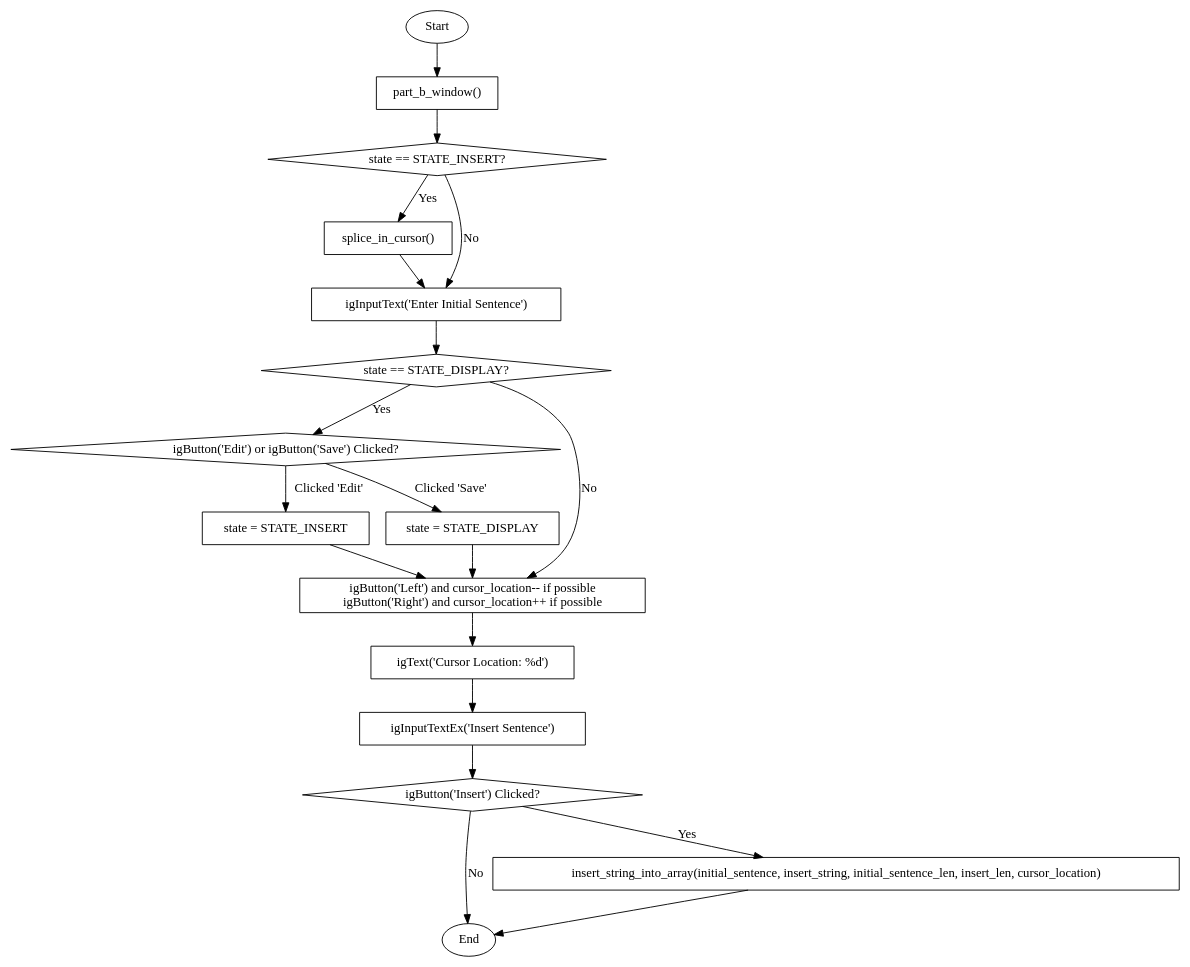
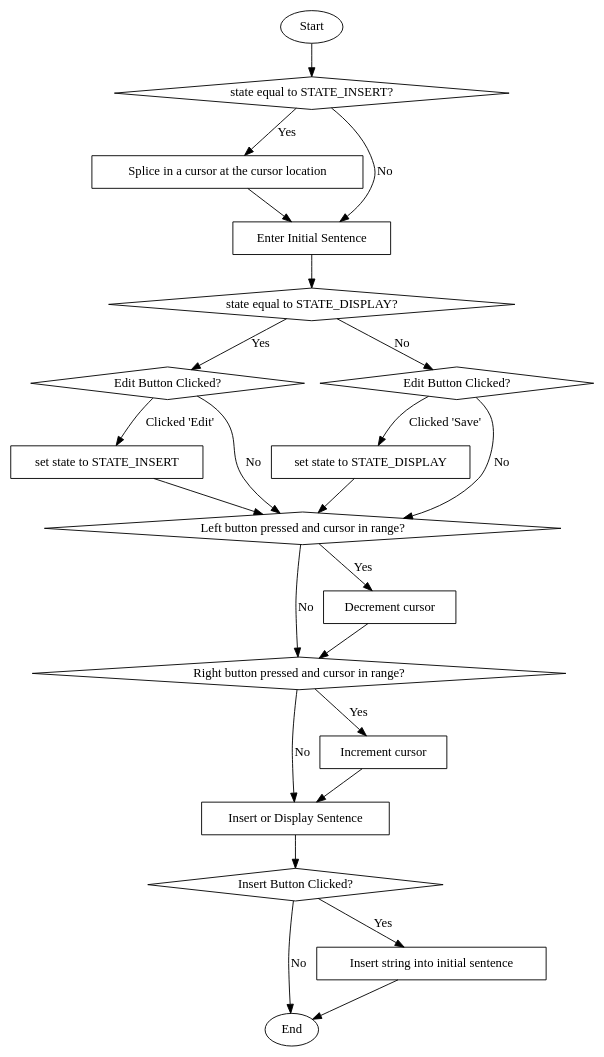
The diagram in graph.dot (l1mey112/sdd-assesment2), drawn with Graphviz before and after one commit. The commit also changed 4 other files, not shown here.

```diff
--- a/graph.dot
+++ b/graph.dot
@@ -1,55 +1,65 @@
 digraph PartBWindow {
     // Start and End points
     node [shape=ellipse];
     Start [label="Start"];
     End [label="End"];
 
     // Main function
     node [shape=box];
-    PartBWindow [label="part_b_window()"];
 
     // If conditions (Diamonds)
-    StateInsertCheck [shape=diamond, label="state == STATE_INSERT?"];
-    StateDisplayCheck [shape=diamond, label="state == STATE_DISPLAY?"];
-    EditOrSaveButtonCheck [shape=diamond, label="igButton('Edit') or igButton('Save') Clicked?"];
-    InsertButtonCheck [shape=diamond, label="igButton('Insert') Clicked?"];
+    StateInsertCheck [shape=diamond, label="state equal to STATE_INSERT?"];
+    StateDisplayCheck [shape=diamond, label="state equal to STATE_DISPLAY?"];
+    EditButtonCheck [shape=diamond, label="Edit Button Clicked?"];
+    SaveButtonCheck [shape=diamond, label="Edit Button Clicked?"];
+    InsertButtonCheck [shape=diamond, label="Insert Button Clicked?"];
 
     // Sequences (Boxes)
-    CursorSplice [label="splice_in_cursor()"];
-    InputInitialSentence [label="igInputText('Enter Initial Sentence')"];
-    EditButtonAction [label="state = STATE_INSERT"];
-    SaveButtonAction [label="state = STATE_DISPLAY"];
-    CursorControl [label="igButton('Left') and cursor_location-- if possible\nigButton('Right') and cursor_location++ if possible"];
-    CursorLocationDisplay [label="igText('Cursor Location: %d')"];
-    InputInsertSentence [label="igInputTextEx('Insert Sentence')"];
-    InsertStringLogic [label="insert_string_into_array(initial_sentence, insert_string, initial_sentence_len, insert_len, cursor_location)"];
+    CursorSplice [label="Splice in a cursor at the cursor location"];
+    InputInitialSentence [label="Enter Initial Sentence"];
+    EditButtonAction [label="set state to STATE_INSERT"];
+    SaveButtonAction [label="set state to STATE_DISPLAY"];
+    
+    InputInsertSentence [label="Insert or Display Sentence"];
+    InsertStringLogic [label="Insert string into initial sentence"];
 
-    // Graph structure
-    Start -> PartBWindow
-    PartBWindow -> StateInsertCheck
+    Start -> StateInsertCheck
 
     StateInsertCheck -> CursorSplice [label="Yes"]
     StateInsertCheck -> InputInitialSentence [label="No"]
 
     CursorSplice -> InputInitialSentence
     InputInitialSentence -> StateDisplayCheck
+    
+    CursorStarter [shape=diamond, label="Left button pressed and cursor in range?"];
+    CursorStarter2 [shape=diamond, label="Right button pressed and cursor in range?"];
+    LeftCursorIncrement [label="Decrement cursor"];
+    RightCursorIncrement [label="Increment cursor"];
 
-    StateDisplayCheck -> EditOrSaveButtonCheck [label="Yes"]
-    StateDisplayCheck -> CursorControl [label="No"]
+    StateDisplayCheck -> EditButtonCheck [label="Yes"]
+    StateDisplayCheck -> SaveButtonCheck [label="No"]
+    EditButtonCheck -> CursorStarter [label="No"]
+    SaveButtonCheck -> CursorStarter [label="No"]
 
-    EditOrSaveButtonCheck -> EditButtonAction [label="Clicked 'Edit'"]
-    EditOrSaveButtonCheck -> SaveButtonAction [label="Clicked 'Save'"]
-    EditButtonAction -> CursorControl
-    SaveButtonAction -> CursorControl
+    EditButtonCheck -> EditButtonAction [label="Clicked 'Edit'"]
+    SaveButtonCheck -> SaveButtonAction [label="Clicked 'Save'"]
+    EditButtonAction -> CursorStarter
+    SaveButtonAction -> CursorStarter
+    
+    CursorStarter -> LeftCursorIncrement [label="Yes"]
+    CursorStarter -> CursorStarter2 [label="No"]
+    
+    LeftCursorIncrement -> CursorStarter2
+    CursorStarter2 -> RightCursorIncrement [label="Yes"]
+    CursorStarter2 -> InputInsertSentence [label="No"]
+    RightCursorIncrement -> InputInsertSentence
 
-    CursorControl -> CursorLocationDisplay
-    CursorLocationDisplay -> InputInsertSentence
     InputInsertSentence -> InsertButtonCheck
     InsertButtonCheck -> InsertStringLogic [label="Yes"]
     InsertButtonCheck -> End [label="No"]
 
     InsertStringLogic -> End
 
     // Optional styles
     node [style=filled, fillcolor=lightgrey];
 }
```
